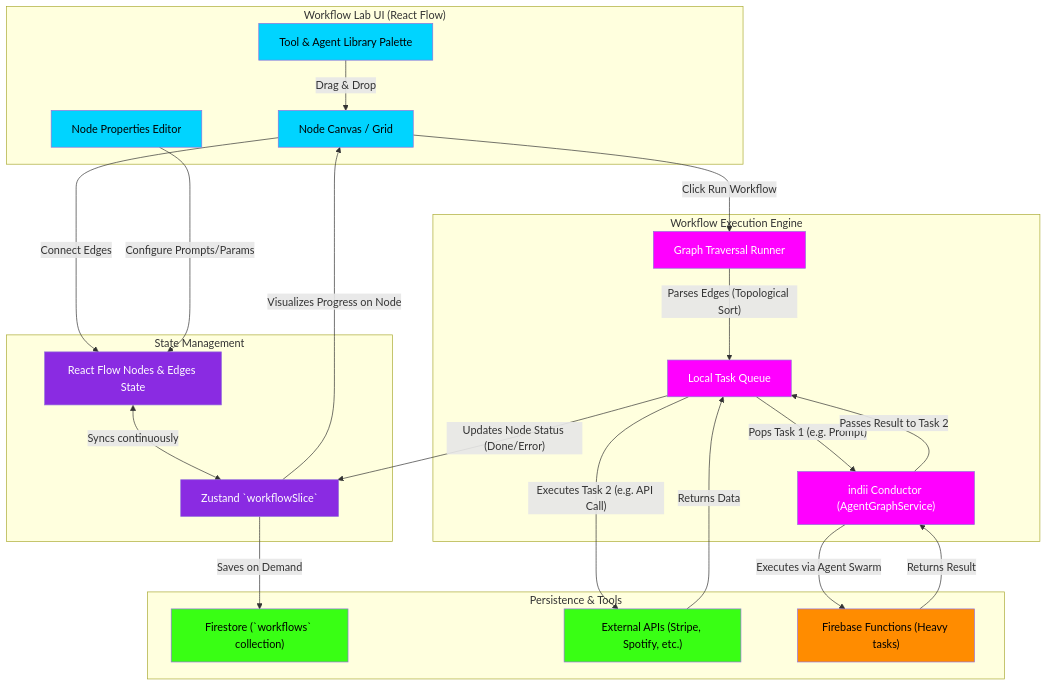
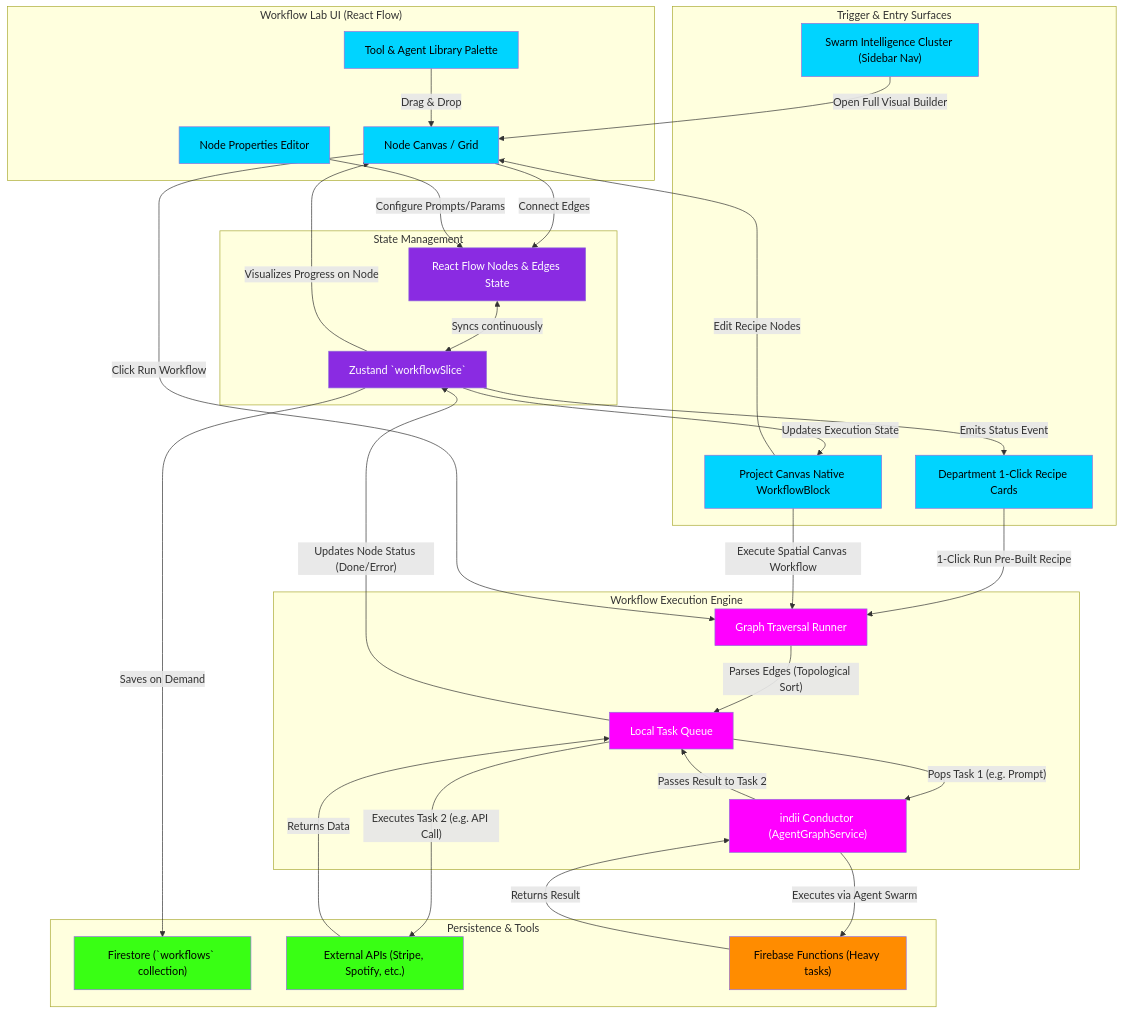
Before and after one commit to indii-music-founder/indii-music-founder: the diagram in docs/flowcharts/workflow-lab-automation.md, drawn with Mermaid. The commit also changed other lines of this file and 40 other files, not shown here.

````diff
--- a/docs/flowcharts/workflow-lab-automation.md
+++ b/docs/flowcharts/workflow-lab-automation.md
@@ -5,5 +5,12 @@
 ```mermaid
 graph TD
+    %% Entry Points & Trigger Surfaces
+    subgraph EntrySurfaces ["Trigger & Entry Surfaces"]
+        IntelligenceNav["Swarm Intelligence Cluster (Sidebar Nav)"]
+        DeptRecipes["Department 1-Click Recipe Cards"]
+        CanvasBlock["Project Canvas Native WorkflowBlock"]
+    end
+
     %% UI Components
     subgraph Frontend ["Workflow Lab UI (React Flow)"]
         CanvasUI["Node Canvas / Grid"]
@@ -31,7 +38,12 @@
         CloudFunc["Firebase Functions (Heavy tasks)"]
     end
 
-    %% Transitions - Design Phase
+    %% Transitions - Entry & Design Phase
+    IntelligenceNav -->|"Open Full Visual Builder"| CanvasUI
+    DeptRecipes -->|"1-Click Run Pre-Built Recipe"| Runner
+    CanvasBlock -->|"Execute Spatial Canvas Workflow"| Runner
+    CanvasBlock -->|"Edit Recipe Nodes"| CanvasUI
+
     NodeLibrary -->|"Drag & Drop"| CanvasUI
     CanvasUI -->|"Connect Edges"| ReactFlowState
     PropertiesPanel -->|"Configure Prompts/Params"| ReactFlowState
@@ -53,8 +65,13 @@
     
     TaskQueue -->|"Updates Node Status (Done/Error)"| WorkflowSlice
     WorkflowSlice -->|"Visualizes Progress on Node"| CanvasUI
+    WorkflowSlice -->|"Emits Status Event"| DeptRecipes
+    WorkflowSlice -->|"Updates Execution State"| CanvasBlock
 
     %% Styling
+    style IntelligenceNav fill:#00D4FF,color:#000
+    style DeptRecipes fill:#00D4FF,color:#000
+    style CanvasBlock fill:#00D4FF,color:#000
     style CanvasUI fill:#00D4FF,color:#000
     style NodeLibrary fill:#00D4FF,color:#000
     style PropertiesPanel fill:#00D4FF,color:#000
````
